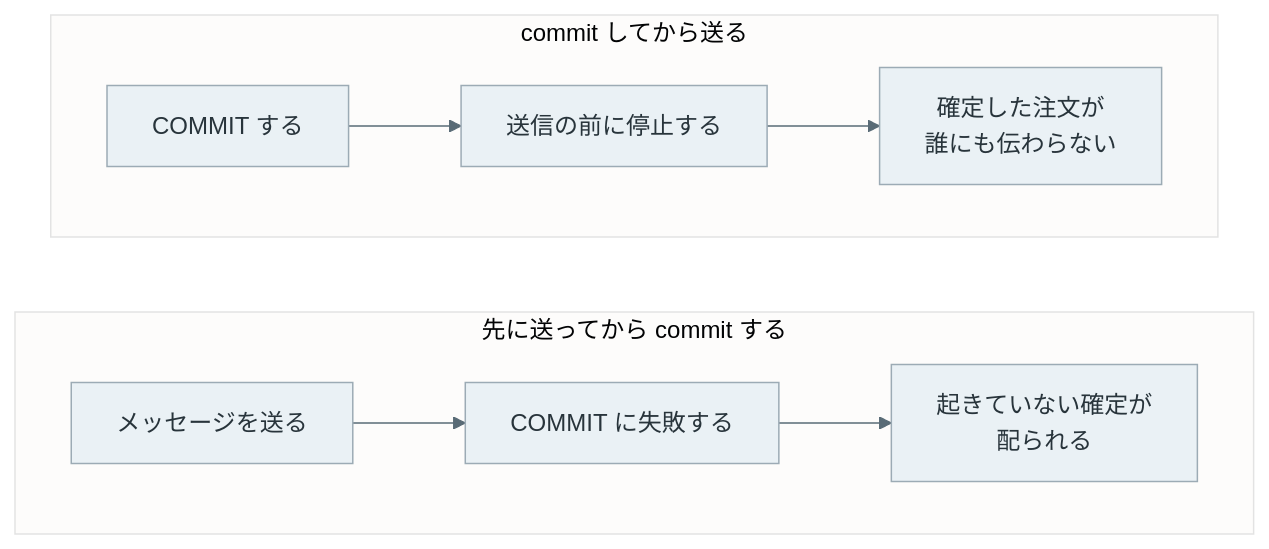
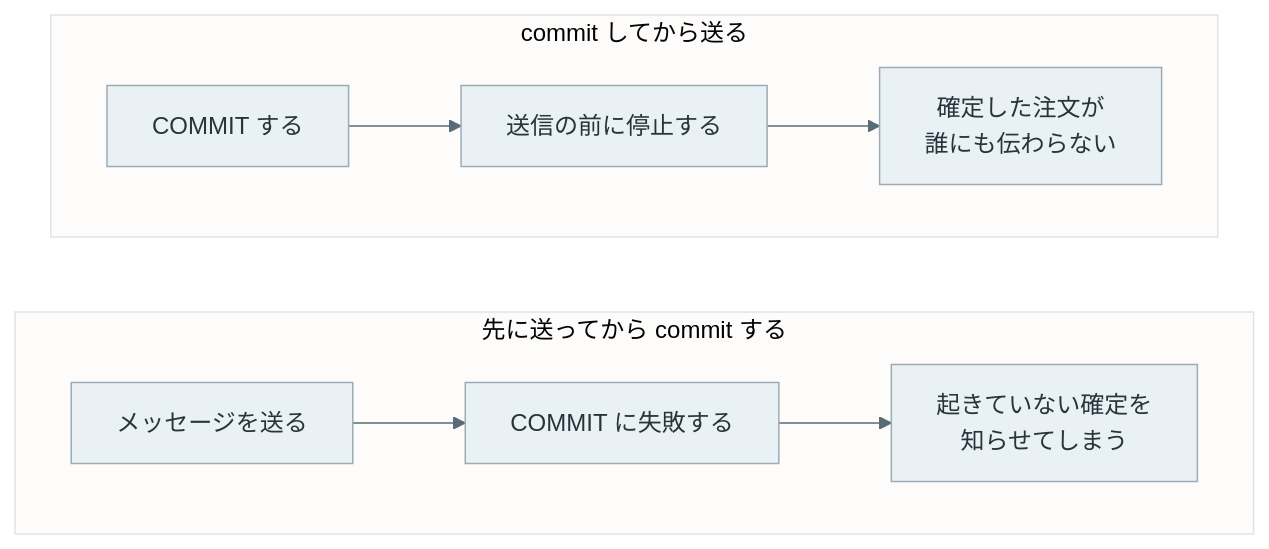
The second of 6 diagrams in content/notes/distributed-systems/transactional-outbox/index.md (nao1215/debimate), drawn with Mermaid before and after one commit. The commit also changed other lines of this file and 56 other files, not shown here.

````diff
--- a/content/notes/distributed-systems/transactional-outbox/index.md
+++ b/content/notes/distributed-systems/transactional-outbox/index.md
@@ -41,13 +50,13 @@
 ```mermaid
 %%{init: {"theme":"base","themeVariables":{"primaryColor":"#eaf1f5","primaryTextColor":"#28343b","primaryBorderColor":"#9cabb5","lineColor":"#596b76","textColor":"#28343b","actorBkg":"#eaf1f5","actorBorder":"#9cabb5","actorTextColor":"#28343b","actorLineColor":"#9cabb5","signalColor":"#596b76","signalTextColor":"#28343b","noteBkgColor":"#f7f1e5","noteBorderColor":"#c5b99b","noteTextColor":"#403c32","activationBkgColor":"#edf3ef","activationBorderColor":"#9aafa1"}}}%%
 flowchart LR
     subgraph S1["先に送ってから commit する"]
         direction LR
-        A1["メッセージを送る"] --> A2["COMMIT に失敗する"] --> A3["起きていない確定が<br/>配られる"]
+        A1["メッセージを送る"] --> A2["COMMIT に失敗する"] --> A3["起きていない確定を<br/>知らせてしまう"]
     end
     subgraph S2["commit してから送る"]
         direction LR
         B1["COMMIT する"] --> B2["送信の前に停止する"] --> B3["確定した注文が<br/>誰にも伝わらない"]
     end
     classDef default fill:#eaf1f5,stroke:#9cabb5,color:#28343b;
 ```
````
